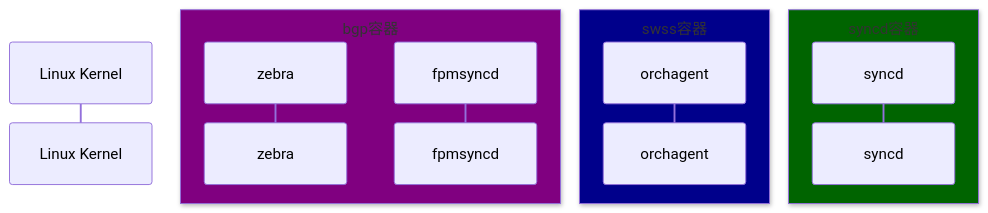
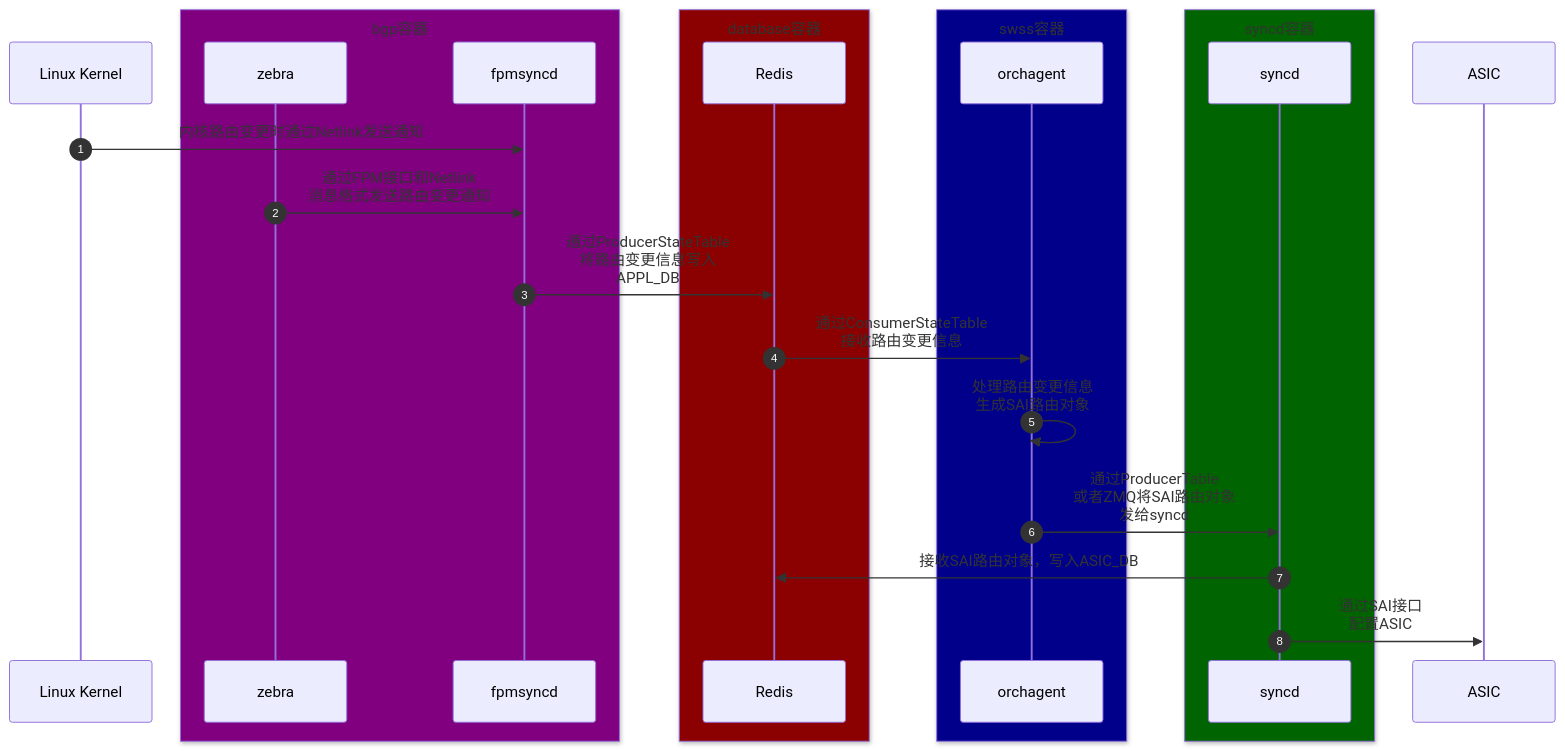
Before and after one commit to r12f/sonic-book: the second of 2 diagrams in src/5-2-2-bgp-route-update-workflow.md, drawn with Mermaid. The commit also changed other lines of this file and 10 other files, not shown here.

````diff
--- a/src/5-2-2-bgp-route-update-workflow.md
+++ b/src/5-2-2-bgp-route-update-workflow.md
@@ -737,15 +737,32 @@
 ```mermaid
 sequenceDiagram
     autonumber
     participant K as Linux Kernel
     box purple bgp容器
     participant Z as zebra
     participant FPM as fpmsyncd
     end
+    box darkred database容器
+    participant R as Redis
+    end
     box darkblue swss容器
     participant OA as orchagent
     end
     box darkgreen syncd容器
     participant SD as syncd
     end
+    participant A as ASIC
+
+    K->>FPM: 内核路由变更时通过Netlink发送通知
+    Z->>FPM: 通过FPM接口和Netlink<br/>消息格式发送路由变更通知
+
+    FPM->>R: 通过ProducerStateTable<br/>将路由变更信息写入<br/>APPL_DB
+
+    R->>OA: 通过ConsumerStateTable<br/>接收路由变更信息
+    
+    OA->>OA: 处理路由变更信息<br/>生成SAI路由对象
+    OA->>SD: 通过ProducerTable<br/>或者ZMQ将SAI路由对象<br/>发给syncd
+
+    SD->>R: 接收SAI路由对象，写入ASIC_DB
+    SD->>A: 通过SAI接口<br/>配置ASIC
 ```
````
